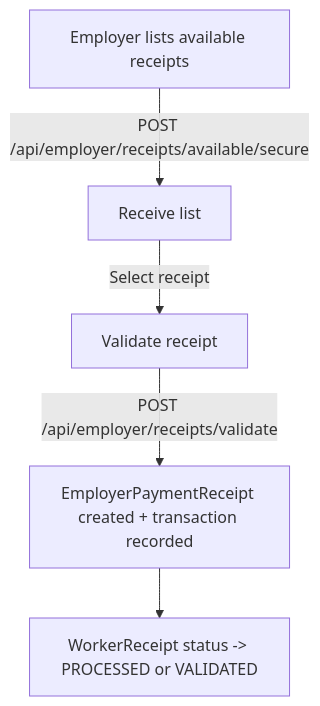
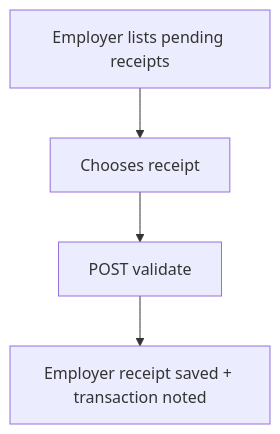
The third of 3 diagrams in README.md (rahulcharvekar/payment-flow-service), drawn with Mermaid before and after one commit. The commit also changed other lines of this file, not shown here.

````diff
--- a/README.md
+++ b/README.md
@@ -145,7 +133,6 @@
 ```mermaid
 flowchart TD
-  A[Employer lists available receipts] -->|POST /api/employer/receipts/available/secure| B[Receive list]
-  B -->|Select receipt| C[Validate receipt]
-  C -->|POST /api/employer/receipts/validate| D[EmployerPaymentReceipt created + transaction recorded]
-  D --> E[WorkerReceipt status -> PROCESSED or VALIDATED]
+  A[Employer lists pending receipts] --> B[Chooses receipt]
+  B --> C[POST validate]
+  C --> D[Employer receipt saved + transaction noted]
 ```
````
